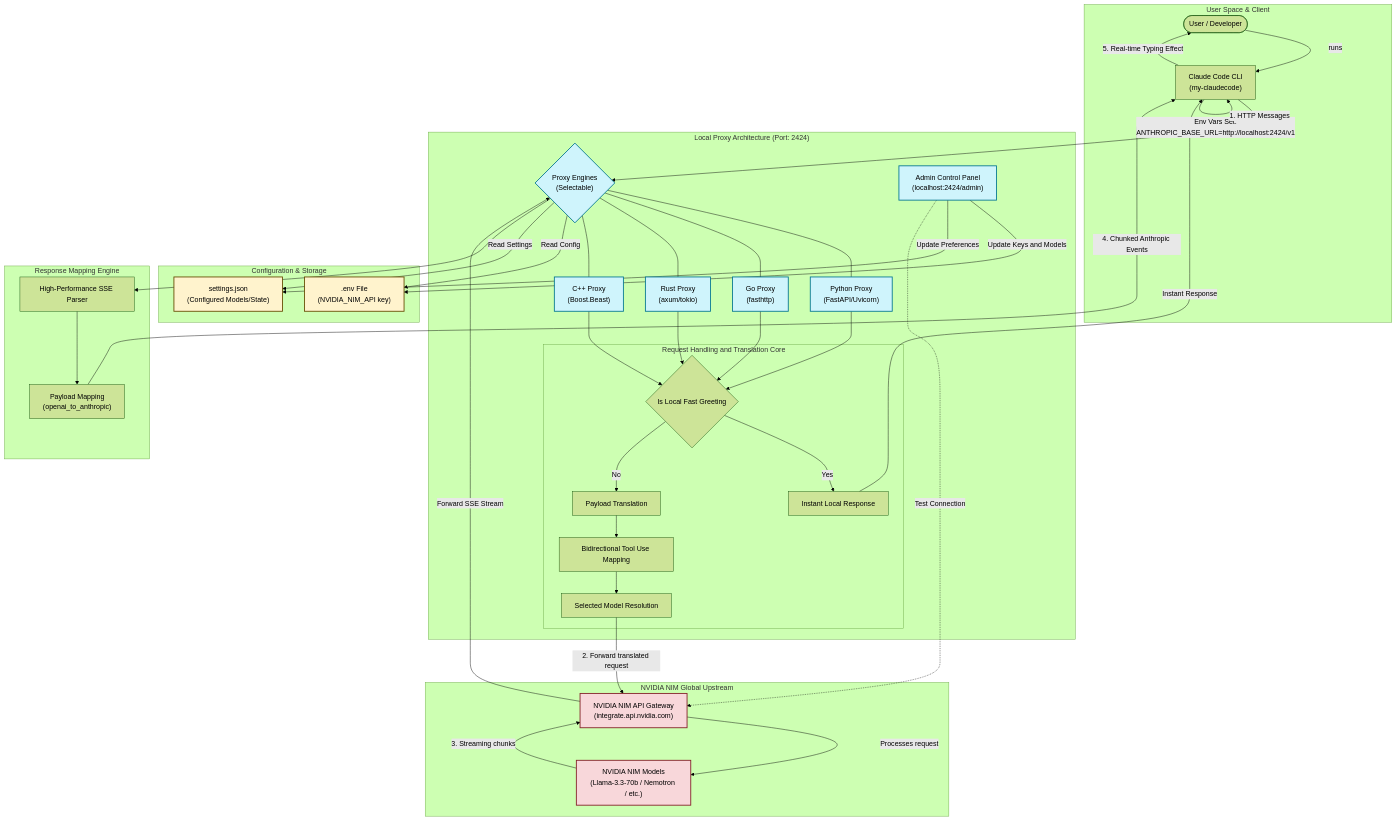
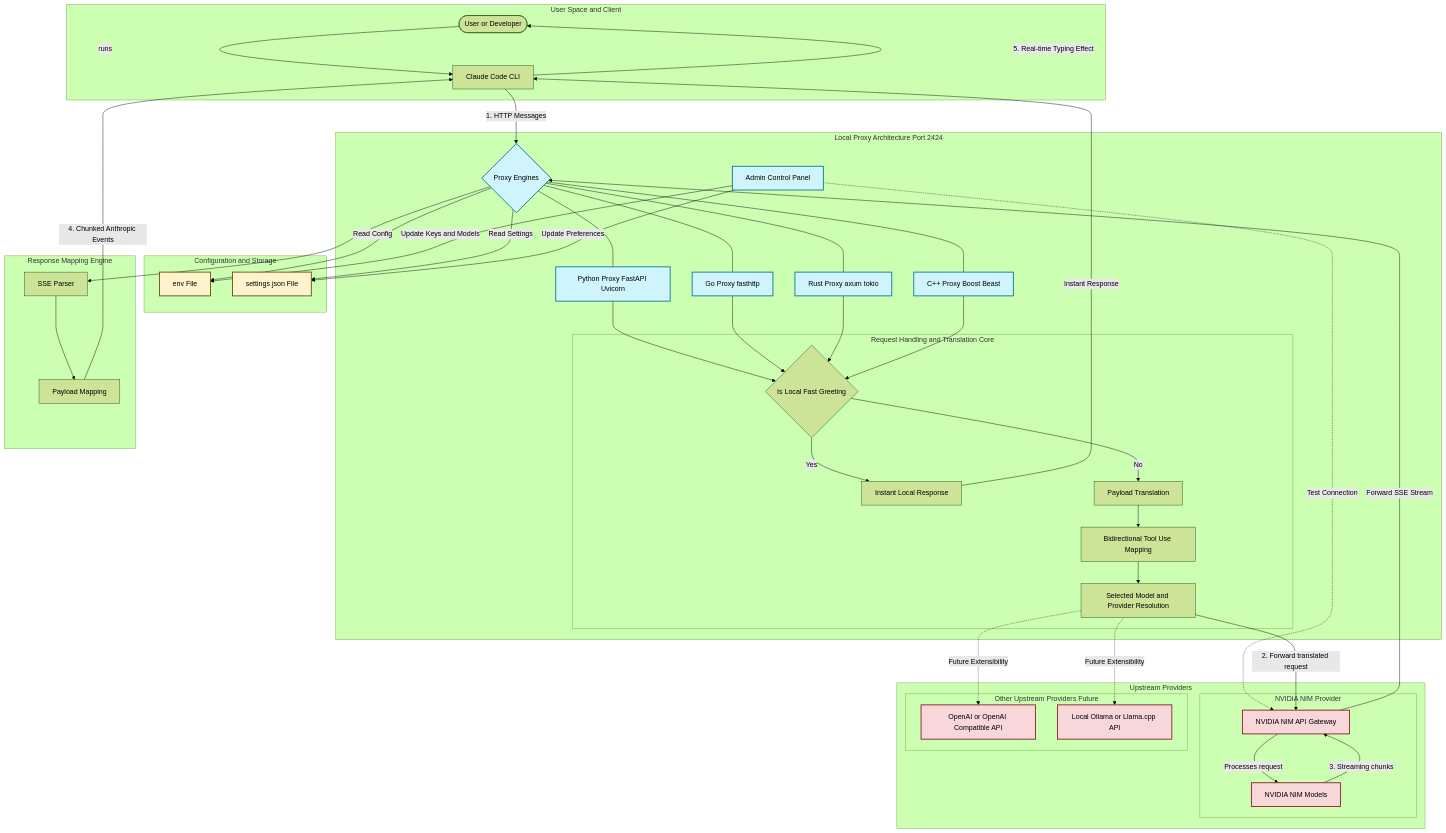
One commit to Chintanpatel24/my-free-agents changed the diagram in README.md. Above: the diagram before and after it, drawn with Mermaid (forest theme). The commit also changed other lines of this file, not shown here.

Commit message:
Fix compilation across all 4 proxy servers, remove emojis, and add multi-provider Mermaid diagram to README

```diff
--- a/README.md
+++ b/README.md
@@ -37,24 +38,23 @@
     classDef upstream fill:#f8d7da,stroke:#842029,stroke-width:2px;
     classDef storage fill:#fff3cd,stroke:#664d03,stroke-width:2px;
 
-    subgraph ClientSpace ["User Space & Client"]
-        User(["User / Developer"]) -->|runs| CC["Claude Code CLI<br>(my-claudecode)"]
-        CC -->|Env Vars Set:<br>ANTHROPIC_BASE_URL=http://localhost:2424/v1| CC
+    subgraph ClientSpace [User Space and Client]
+        User([User or Developer]) -->|runs| CC[Claude Code CLI]
     end
 
-    subgraph ProxySpace ["Local Proxy Architecture (Port: 2424)"]
-        PS{"Proxy Engines<br>(Selectable)"}:::proxy
-        PyProxy["Python Proxy<br>(FastAPI/Uvicorn)"]:::proxy
-        GoProxy["Go Proxy<br>(fasthttp)"]:::proxy
-        RustProxy["Rust Proxy<br>(axum/tokio)"]:::proxy
-        CppProxy["C++ Proxy<br>(Boost.Beast)"]:::proxy
+    subgraph ProxySpace [Local Proxy Architecture Port 2424]
+        PS{Proxy Engines}:::proxy
+        PyProxy[Python Proxy FastAPI Uvicorn]:::proxy
+        GoProxy[Go Proxy fasthttp]:::proxy
+        RustProxy[Rust Proxy axum tokio]:::proxy
+        CppProxy[C++ Proxy Boost Beast]:::proxy
 
         PS --- PyProxy
         PS --- GoProxy
         PS --- RustProxy
         PS --- CppProxy
 
-        AdminUI["Admin Control Panel<br>(localhost:2424/admin)"]:::proxy
+        AdminUI[Admin Control Panel]:::proxy
 
         subgraph Logic [Request Handling and Translation Core]
             LocalCheck{Is Local Fast Greeting}
@@ -62,18 +62,24 @@
 
             PayloadTranslate[Payload Translation]
             ToolMap[Bidirectional Tool Use Mapping]
-            ModelMap[Selected Model Resolution]
+            ModelMap[Selected Model and Provider Resolution]
         end
     end
 
-    subgraph ConfigSpace ["Configuration & Storage"]
-        EnvFile[".env File<br>(NVIDIA_NIM_API key)"]:::storage
-        SettingsFile["settings.json<br>(Configured Models/State)"]:::storage
+    subgraph ConfigSpace [Configuration and Storage]
+        EnvFile[env File]:::storage
+        SettingsFile[settings json File]:::storage
     end
 
-    subgraph UpstreamSpace ["NVIDIA NIM Global Upstream"]
-        NimAPI["NVIDIA NIM API Gateway<br>(integrate.api.nvidia.com)"]:::upstream
-        NimModels["NVIDIA NIM Models<br>(Llama-3.3-70b / Nemotron / etc.)"]:::upstream
+    subgraph UpstreamSpace [Upstream Providers]
+        subgraph NvidiaNim [NVIDIA NIM Provider]
+            NimAPI[NVIDIA NIM API Gateway]:::upstream
+            NimModels[NVIDIA NIM Models]:::upstream
+        end
+        subgraph OtherProviders [Other Upstream Providers Future]
+            OpenAIAPI[OpenAI or OpenAI Compatible API]:::upstream
+            OllamaAPI[Local Ollama or Llama.cpp API]:::upstream
+        end
     end
 
     CC -->|1. HTTP Messages| PS
@@ -94,14 +100,17 @@
     ToolMap --> ModelMap
 
     ModelMap -->|2. Forward translated request| NimAPI
+    ModelMap -.->|Future Extensibility| OpenAIAPI
+    ModelMap -.->|Future Extensibility| OllamaAPI
+
     NimAPI -->|Processes request| NimModels
 
     NimModels -->|3. Streaming chunks| NimAPI
     NimAPI -->|Forward SSE Stream| PS
 
-    subgraph ResponseLogic ["Response Mapping Engine"]
-        SSEParser["High-Performance SSE Parser"]
-        ResponseTranslate["Payload Mapping<br>(openai_to_anthropic)"]
+    subgraph ResponseLogic [Response Mapping Engine]
+        SSEParser[SSE Parser]
+        ResponseTranslate[Payload Mapping]
     end
 
     PS --> SSEParser
```
